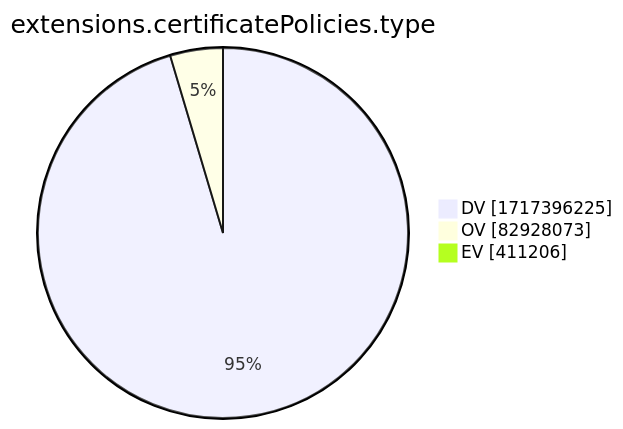
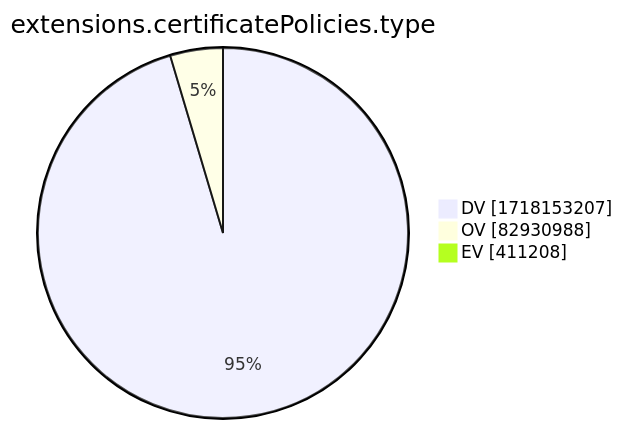
One commit to christiankrug/ctmonitor_visualization changed the tenth of 15 diagrams in xenon2022/README.md. Above: the diagram before and after it, drawn with Mermaid. The commit also changed other lines of this file, not shown here.

````diff
--- a/xenon2022/README.md
+++ b/xenon2022/README.md
@@ -2881,7 +2881,7 @@
 ```mermaid
 pie showData
 title extensions.certificatePolicies.type
-"DV" :1717396225
-"OV" :82928073
-"EV" :411206
+"DV" :1718153207
+"OV" :82930988
+"EV" :411208
 ```
````
